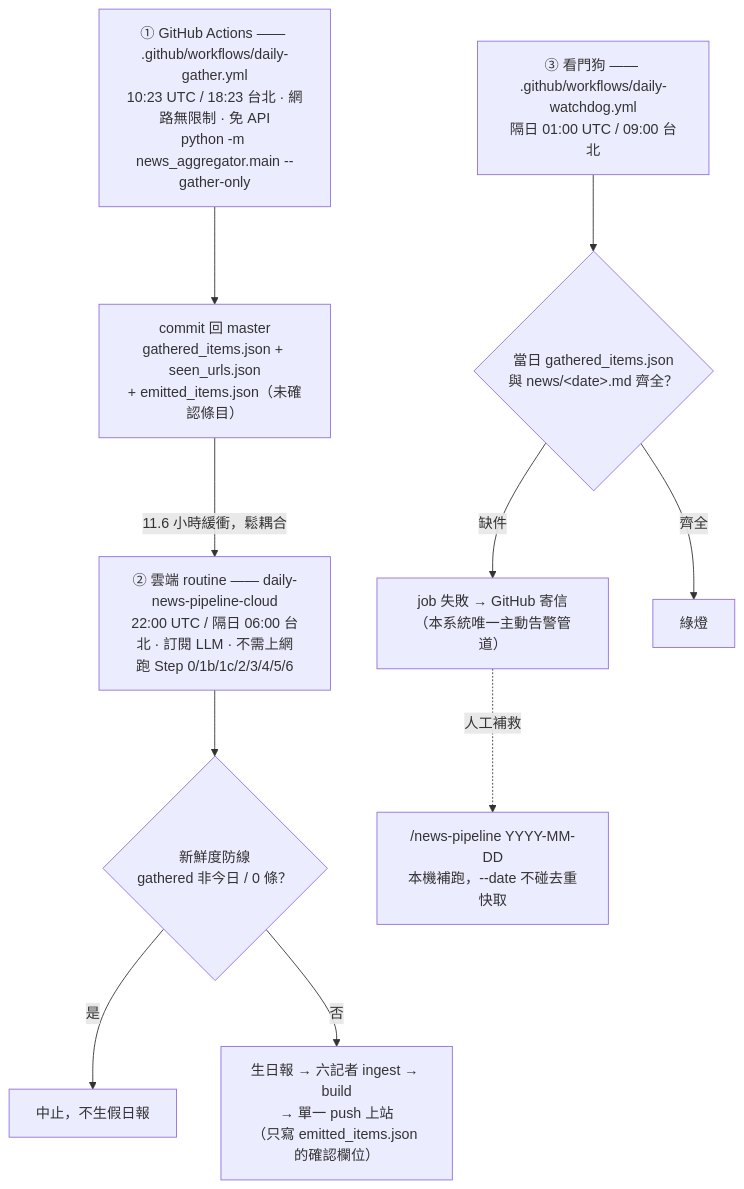
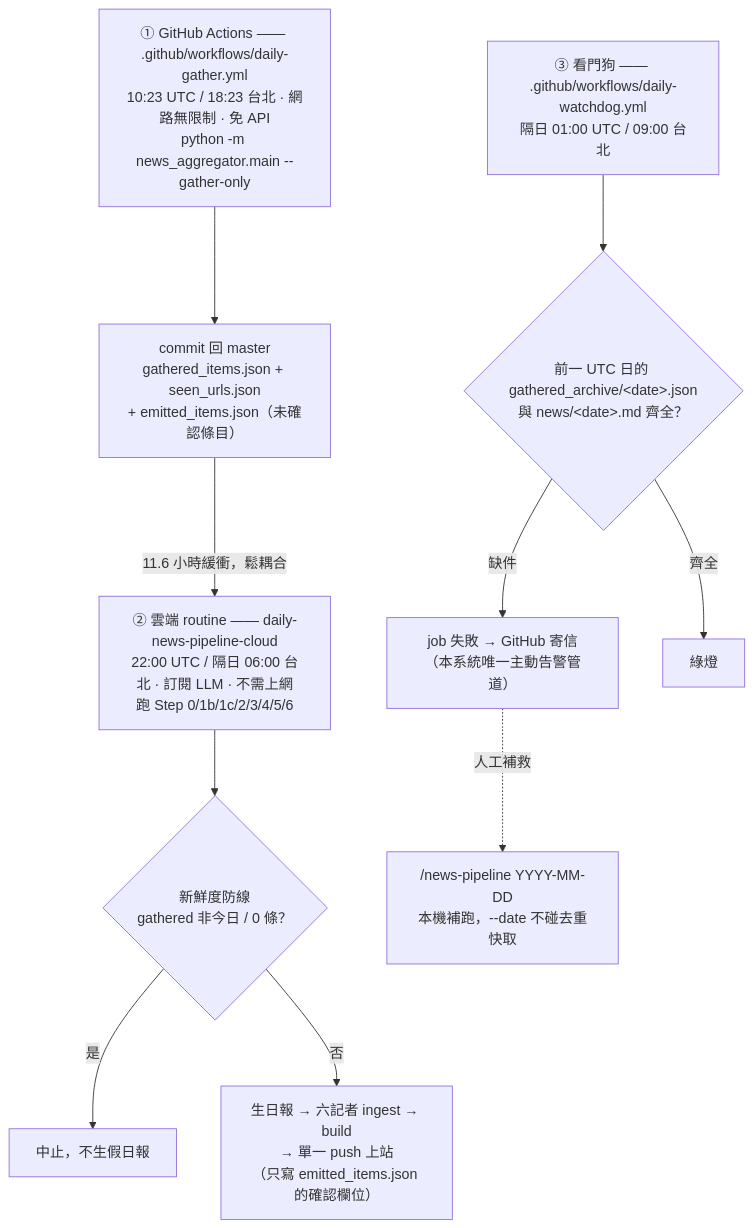
The second of 9 diagrams in src/DesignDocument/Design Diagram.md (mandy82477/claude-news), drawn with Mermaid before and after one commit. The commit also changed other lines of this file and 10 other files, not shown here.

````diff
--- a/src/DesignDocument/Design Diagram.md
+++ b/src/DesignDocument/Design Diagram.md
@@ -58,19 +58,19 @@
 ```mermaid
 flowchart TD
     GHA["① GitHub Actions —— .github/workflows/daily-gather.yml\n10:23 UTC / 18:23 台北 · 網路無限制 · 免 API\npython -m news_aggregator.main --gather-only"]
     GHA --> COMMIT["commit 回 master\ngathered_items.json + seen_urls.json\n+ emitted_items.json（未確認條目）"]
 
     COMMIT -->|11.6 小時緩衝，鬆耦合| CLOUD
 
     CLOUD["② 雲端 routine —— daily-news-pipeline-cloud\n22:00 UTC / 隔日 06:00 台北 · 訂閱 LLM · 不需上網\n跑 Step 0/1b/1c/2/3/4/5/6"]
     CLOUD --> FRESH{"新鮮度防線\ngathered 非今日 / 0 條？"}
     FRESH -->|是| ABORT["中止，不生假日報"]
     FRESH -->|否| RUN["生日報 → 六記者 ingest → build\n→ 單一 push 上站\n（只寫 emitted_items.json 的確認欄位）"]
 
     WD["③ 看門狗 —— .github/workflows/daily-watchdog.yml\n隔日 01:00 UTC / 09:00 台北"]
-    WD --> CHECK{"當日 gathered_items.json\n與 news/&lt;date&gt;.md 齊全？"}
+    WD --> CHECK{"前一 UTC 日的 gathered_archive/&lt;date&gt;.json\n與 news/&lt;date&gt;.md 齊全？"}
     CHECK -->|缺件| FAIL["job 失敗 → GitHub 寄信\n（本系統唯一主動告警管道）"]
     CHECK -->|齊全| GREEN["綠燈"]
 
     FAIL -.->|人工補救| MANUAL["/news-pipeline YYYY-MM-DD\n本機補跑，--date 不碰去重快取"]
 ```
````
